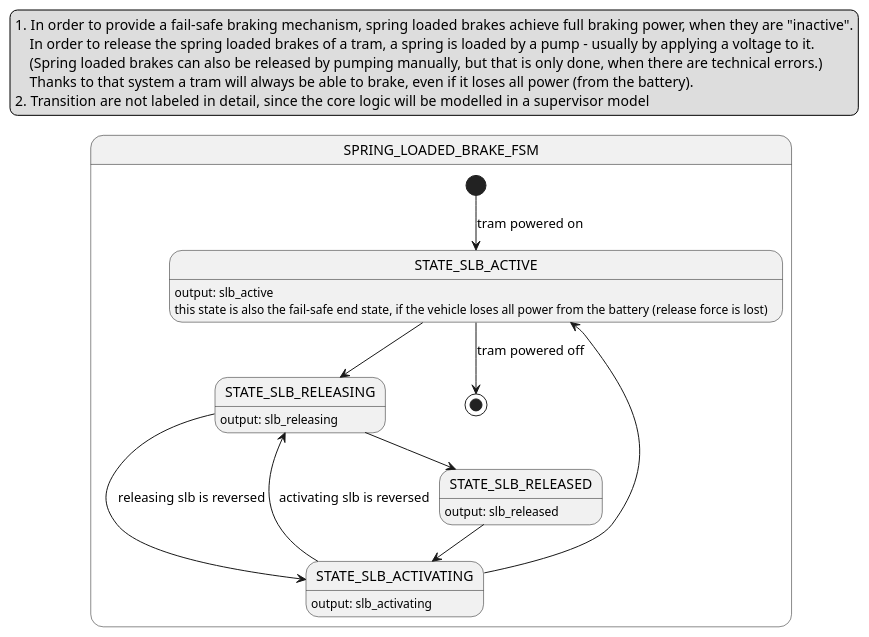
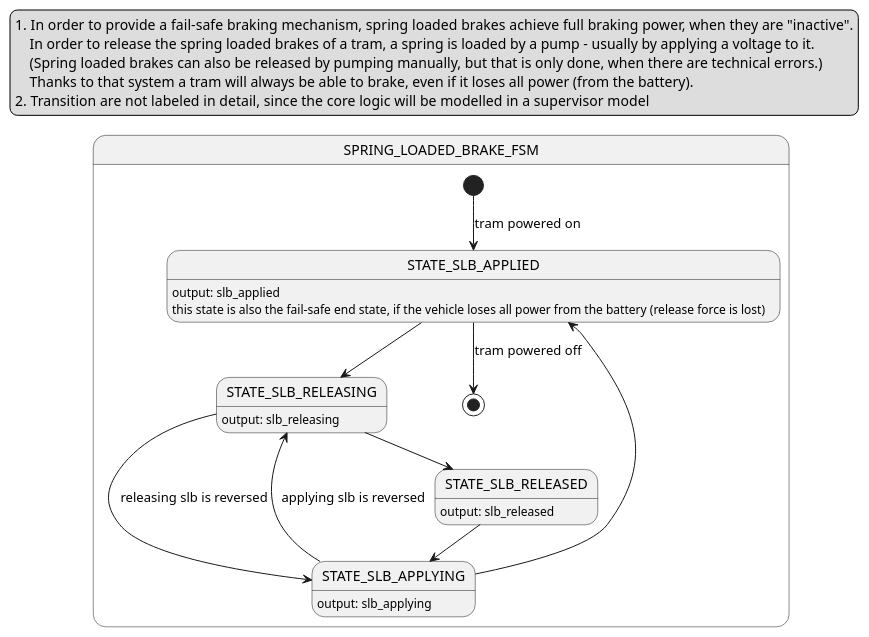
One commit to paetzholdt/CANRepo changed the diagram in docs/models/state_machines/node-drive-controller/spring_loaded_brake_fsm.puml. Above: the diagram before and after it, drawn with PlantUML.

Commit message:
docs(node-drive-controller): refine spring loaded brake state machine

```diff
--- a/docs/models/state_machines/node-drive-controller/spring_loaded_brake_fsm.puml
+++ b/docs/models/state_machines/node-drive-controller/spring_loaded_brake_fsm.puml
@@ -1,43 +1,43 @@
 @startuml spring_loaded_brake_fsm
 
 legend top
 1.  In order to provide a fail-safe braking mechanism, spring loaded brakes achieve full braking power, when they are "inactive".
     In order to release the spring loaded brakes of a tram, a spring is loaded by a pump - usually by applying a voltage to it.
     (Spring loaded brakes can also be released by pumping manually, but that is only done, when there are technical errors.)
     Thanks to that system a tram will always be able to brake, even if it loses all power (from the battery).
 2.  Transition are not labeled in detail, since the core logic will be modelled in a supervisor model
 endlegend
 
 state SPRING_LOADED_BRAKE_FSM {
-    state STATE_SLB_ACTIVE
-    state STATE_SLB_ACTIVATING
+    state STATE_SLB_APPLIED
+    state STATE_SLB_APPLYING
     state STATE_SLB_RELEASING
     state STATE_SLB_RELEASED
 
 
-    STATE_SLB_ACTIVE: output: slb_active
-    STATE_SLB_ACTIVE: this state is also the fail-safe end state, if the vehicle loses all power from the battery (release force is lost)
+    STATE_SLB_APPLIED: output: slb_applied
+    STATE_SLB_APPLIED: this state is also the fail-safe end state, if the vehicle loses all power from the battery (release force is lost)
 
-    STATE_SLB_ACTIVATING: output: slb_activating
+    STATE_SLB_APPLYING: output: slb_applying
 
     STATE_SLB_RELEASING: output: slb_releasing
 
     STATE_SLB_RELEASED: output: slb_released
 
 
-    [*] --> STATE_SLB_ACTIVE: tram powered on
-    STATE_SLB_ACTIVE --> [*]: tram powered off
+    [*] --> STATE_SLB_APPLIED: tram powered on
+    STATE_SLB_APPLIED --> [*]: tram powered off
 
-    STATE_SLB_ACTIVE --> STATE_SLB_RELEASING
+    STATE_SLB_APPLIED --> STATE_SLB_RELEASING
     STATE_SLB_RELEASING --> STATE_SLB_RELEASED
 
-    STATE_SLB_RELEASED --> STATE_SLB_ACTIVATING
-    STATE_SLB_ACTIVATING --> STATE_SLB_ACTIVE
+    STATE_SLB_RELEASED --> STATE_SLB_APPLYING
+    STATE_SLB_APPLYING --> STATE_SLB_APPLIED
 
 
-    STATE_SLB_ACTIVATING --> STATE_SLB_RELEASING : activating slb is reversed
-    STATE_SLB_RELEASING --> STATE_SLB_ACTIVATING : releasing slb is reversed
+    STATE_SLB_APPLYING --> STATE_SLB_RELEASING : applying slb is reversed
+    STATE_SLB_RELEASING --> STATE_SLB_APPLYING : releasing slb is reversed
 
 }
 
 @enduml
```
